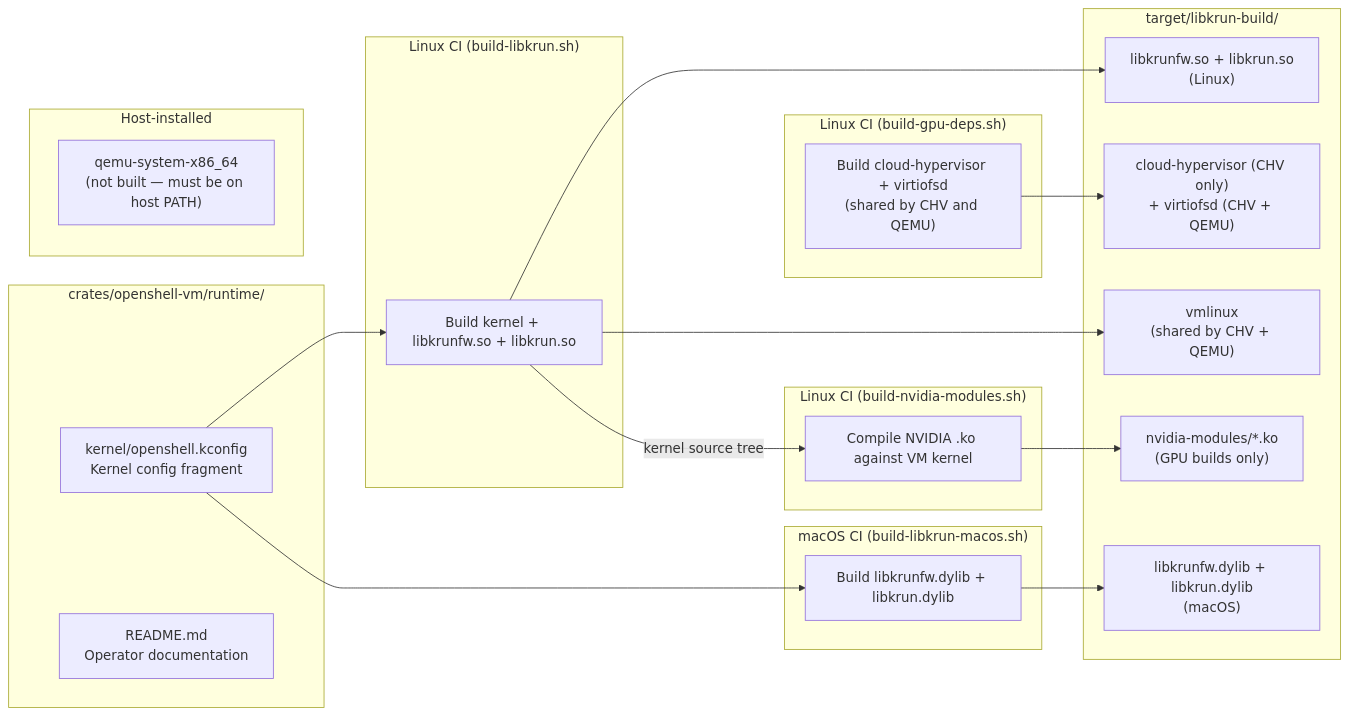
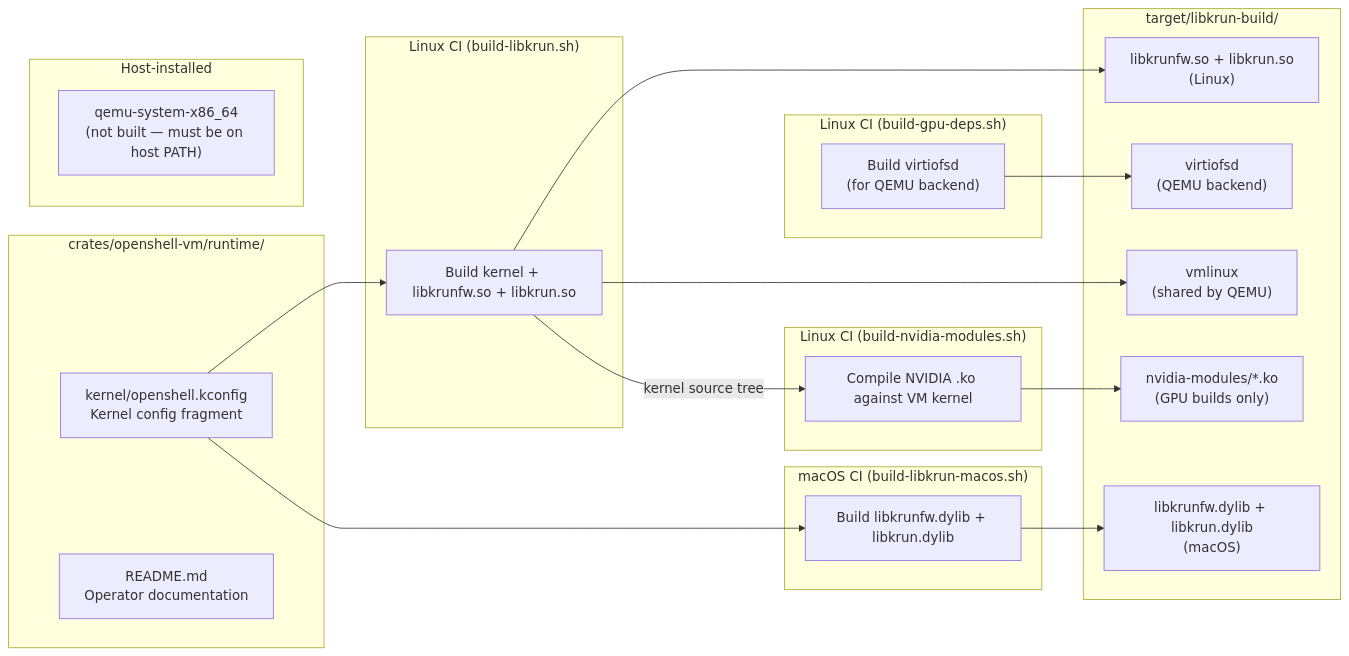
One commit to NVIDIA/OpenShell changed the second of 3 diagrams in architecture/custom-vm-runtime.md. Above: the diagram before and after it, drawn with Mermaid. The commit also changed other lines of this file and 26 other files, not shown here.

Commit message:
remove cloud-hypervisor

````diff
--- a/architecture/custom-vm-runtime.md
+++ b/architecture/custom-vm-runtime.md
@@ -201,44 +192,44 @@
 ```mermaid
 graph LR
     subgraph Source["crates/openshell-vm/runtime/"]
         KCONF["kernel/openshell.kconfig\nKernel config fragment"]
         README["README.md\nOperator documentation"]
     end
 
     subgraph Linux["Linux CI (build-libkrun.sh)"]
         BUILD_L["Build kernel + libkrunfw.so + libkrun.so"]
     end
 
     subgraph macOS["macOS CI (build-libkrun-macos.sh)"]
         BUILD_M["Build libkrunfw.dylib + libkrun.dylib"]
     end
 
     subgraph GPU["Linux CI (build-gpu-deps.sh)"]
-        BUILD_GPU["Build cloud-hypervisor + virtiofsd\n(shared by CHV and QEMU)"]
+        BUILD_GPU["Build virtiofsd\n(for QEMU backend)"]
     end
 
     subgraph NV["Linux CI (build-nvidia-modules.sh)"]
         BUILD_NV["Compile NVIDIA .ko against VM kernel"]
     end
 
     subgraph QEMU["Host-installed"]
         QEMU_BIN["qemu-system-x86_64\n(not built — must be on host PATH)"]
     end
 
     subgraph Output["target/libkrun-build/"]
         LIB_SO["libkrunfw.so + libkrun.so\n(Linux)"]
         LIB_DY["libkrunfw.dylib + libkrun.dylib\n(macOS)"]
-        CHV_OUT["cloud-hypervisor (CHV only)\n+ virtiofsd (CHV + QEMU)"]
-        VMLINUX["vmlinux\n(shared by CHV + QEMU)"]
+        VIRTIOFSD["virtiofsd\n(QEMU backend)"]
+        VMLINUX["vmlinux\n(shared by QEMU)"]
         NV_KO["nvidia-modules/*.ko\n(GPU builds only)"]
     end
 
     KCONF --> BUILD_L
     BUILD_L --> LIB_SO
     BUILD_L --> VMLINUX
     BUILD_L -->|kernel source tree| BUILD_NV
     BUILD_NV --> NV_KO
     KCONF --> BUILD_M
     BUILD_M --> LIB_DY
-    BUILD_GPU --> CHV_OUT
+    BUILD_GPU --> VIRTIOFSD
 ```
````
